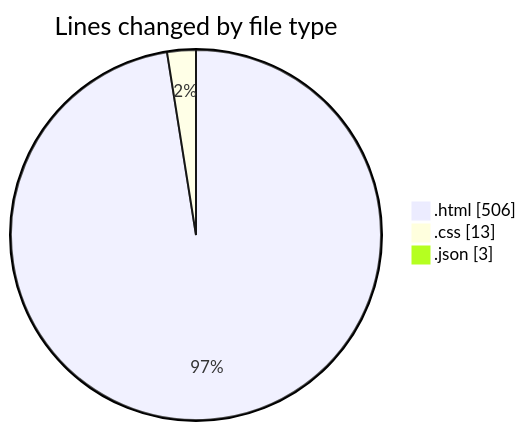
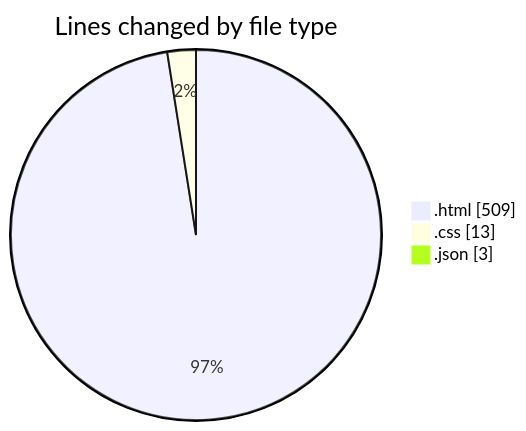
One commit to hasnaa123/code-tracking changed the first of 2 diagrams in 2025-12-11/technologie_web/README.md. Above: the diagram before and after it, drawn with Mermaid. The commit also changed other lines of this file and 1 other file, not shown here.

````diff
--- a/2025-12-11/technologie_web/README.md
+++ b/2025-12-11/technologie_web/README.md
@@ -23,7 +23,7 @@
 ```mermaid
 pie showData
 title Lines changed by file type
-".html" : 506
+".html" : 509
 ".css" : 13
 ".json" : 3
 ```
````
